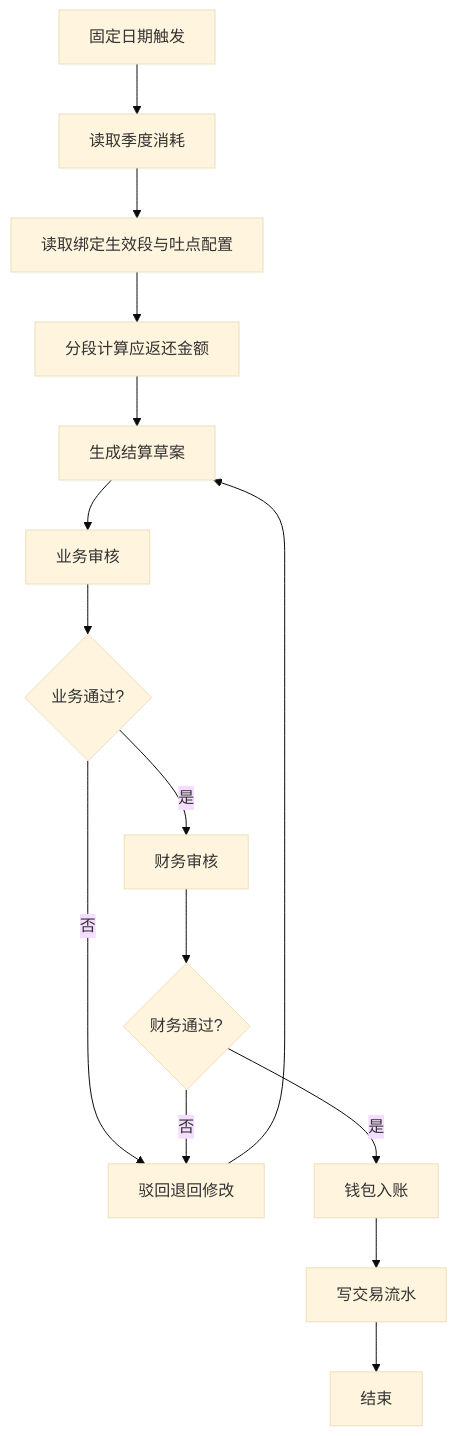
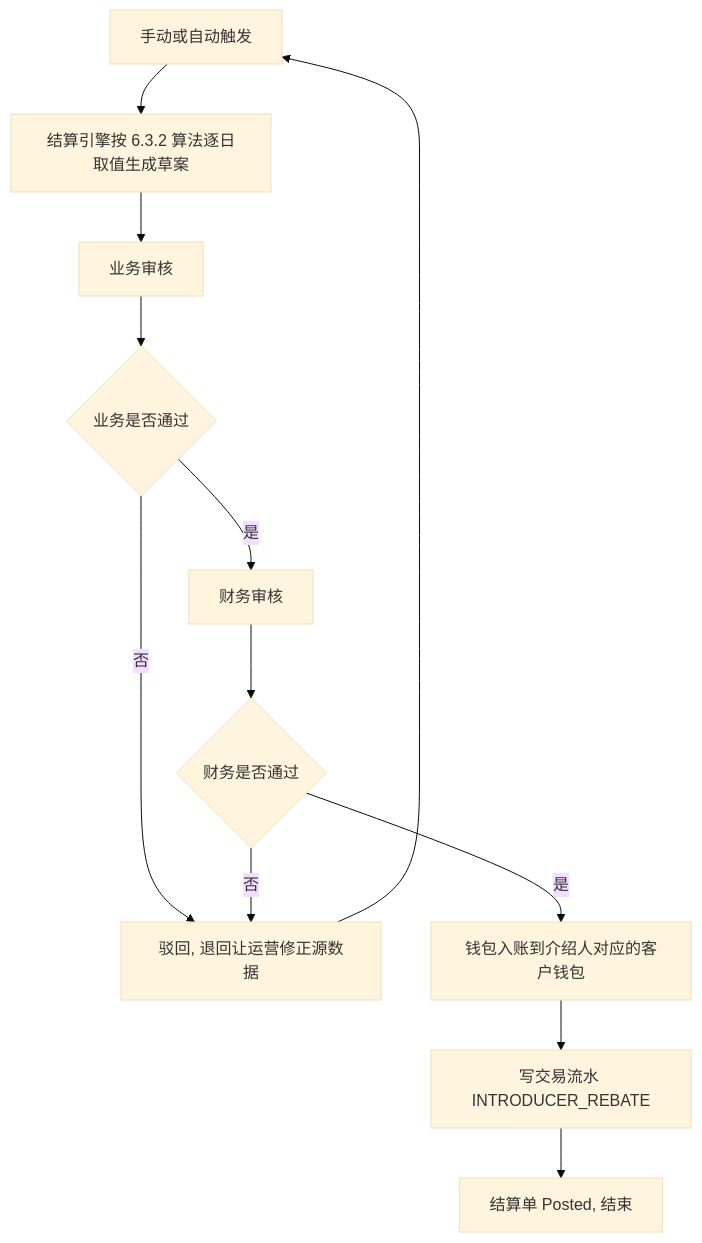
Diagram 11 of 15 in PRD/introducer-spitpoint-prd.md (TK0918/BestAds), drawn with Mermaid (base theme) before and after one commit. The commit also changed other lines of this file and 64 other files, not shown here.

````diff
--- a/PRD/introducer-spitpoint-prd.md
+++ b/PRD/introducer-spitpoint-prd.md
@@ -254,17 +489,14 @@
 ```mermaid
 flowchart TD
-  A[固定日期触发] --> B[读取季度消耗]
-  B --> C[读取绑定生效段与吐点配置]
-  C --> D[分段计算应返还金额]
-  D --> E[生成结算草案]
-  E --> F[业务审核]
-  F --> G{业务通过?}
-  G -- 否 --> H[驳回退回修改]
-  H --> E
-  G -- 是 --> I[财务审核]
-  I --> J{财务通过?}
-  J -- 否 --> H
-  J -- 是 --> K[钱包入账]
-  K --> L[写交易流水]
-  L --> M[结束]
+  A[手动或自动触发] --> B[结算引擎按 6.3.2 算法逐日取值生成草案]
+  B --> C[业务审核]
+  C --> D{业务是否通过}
+  D -- 否 --> E[驳回, 退回让运营修正源数据]
+  E --> A
+  D -- 是 --> F[财务审核]
+  F --> G{财务是否通过}
+  G -- 否 --> E
+  G -- 是 --> H[钱包入账到介绍人对应的客户钱包]
+  H --> I[写交易流水 INTRODUCER_REBATE]
+  I --> J[结算单 Posted, 结束]
 ```
````
